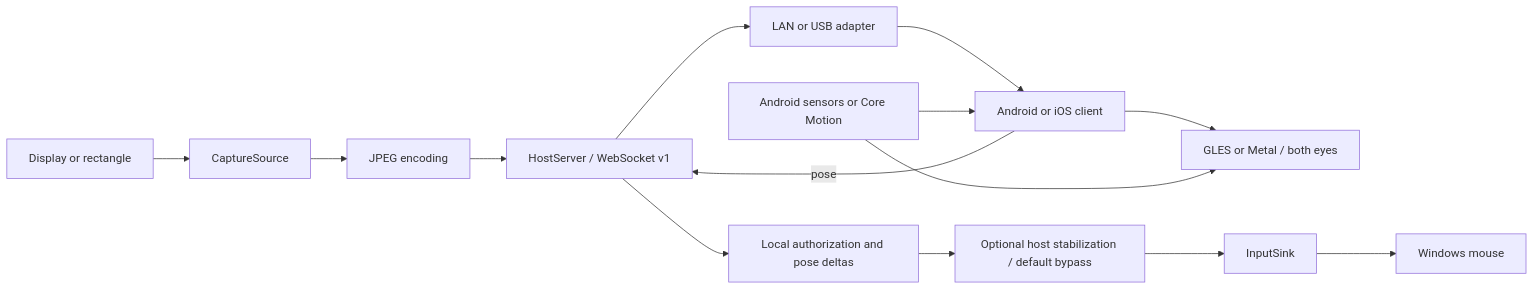
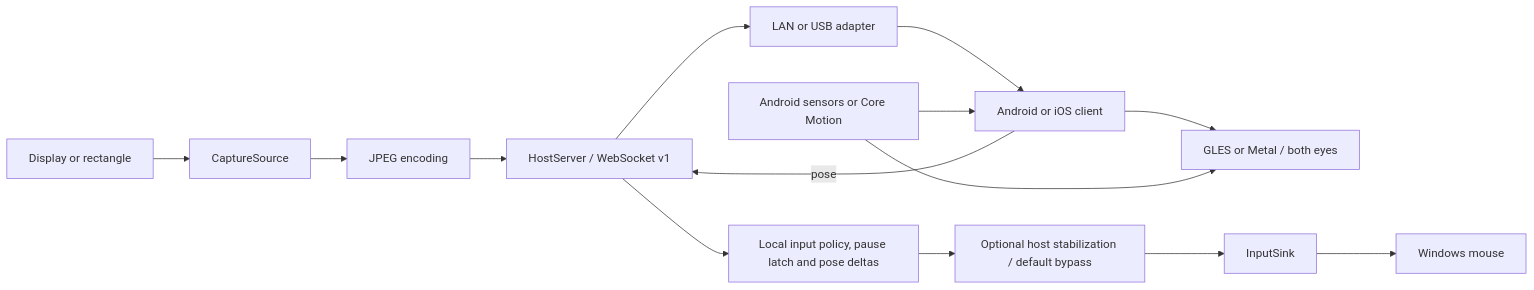
Before and after one commit to LexZeon/VRization: the first of 2 diagrams in docs/ARCHITECTURE.md, drawn with Mermaid. The commit also changed other lines of this file and 45 other files, not shown here.

````diff
--- a/docs/ARCHITECTURE.md
+++ b/docs/ARCHITECTURE.md
@@ -10,16 +10,16 @@
 ```mermaid
 flowchart LR
     A[Display or rectangle] --> B[CaptureSource]
     B --> C[JPEG encoding]
     C --> D[HostServer / WebSocket v1]
     D --> T[LAN or USB adapter]
     T --> E[Android or iOS client]
     E --> F[GLES or Metal / both eyes]
     G[Android sensors or Core Motion] --> F
     G --> E
     E -->|pose| D
-    D --> H[Local authorization and pose deltas]
+    D --> H[Local input policy, pause latch and pose deltas]
     H --> S[Optional host stabilization / default bypass]
     S --> I[InputSink]
     I --> J[Windows mouse]
 ```
````
